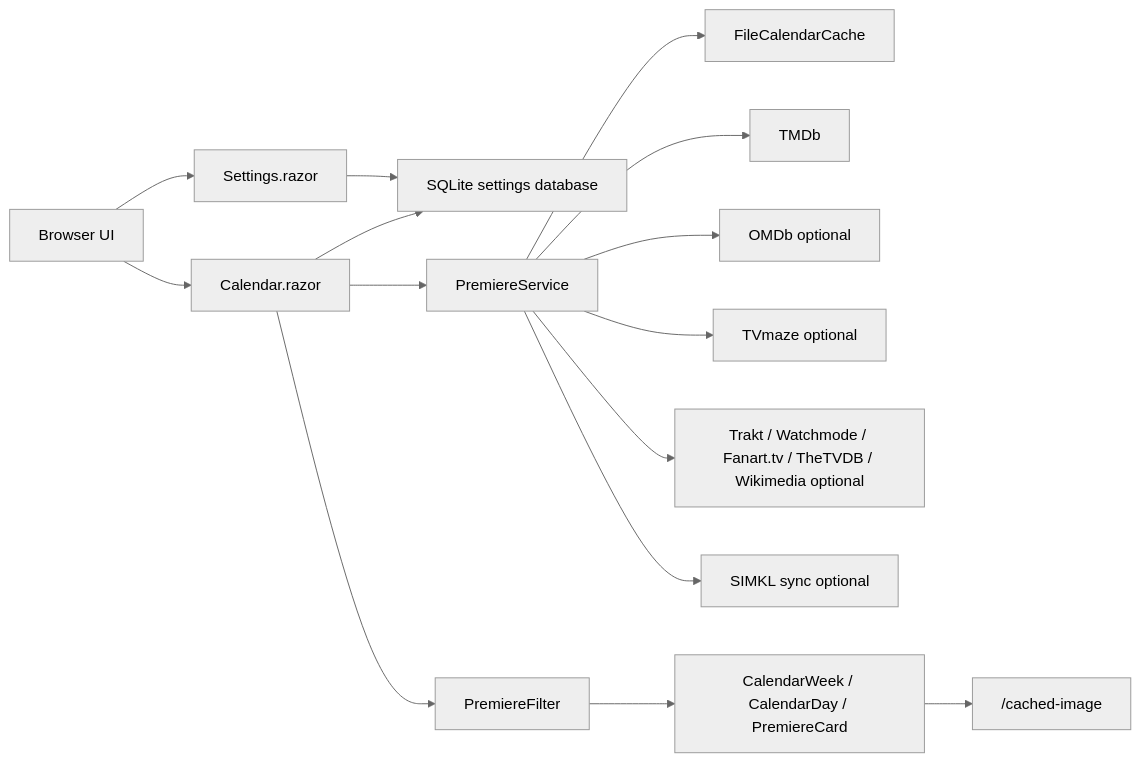
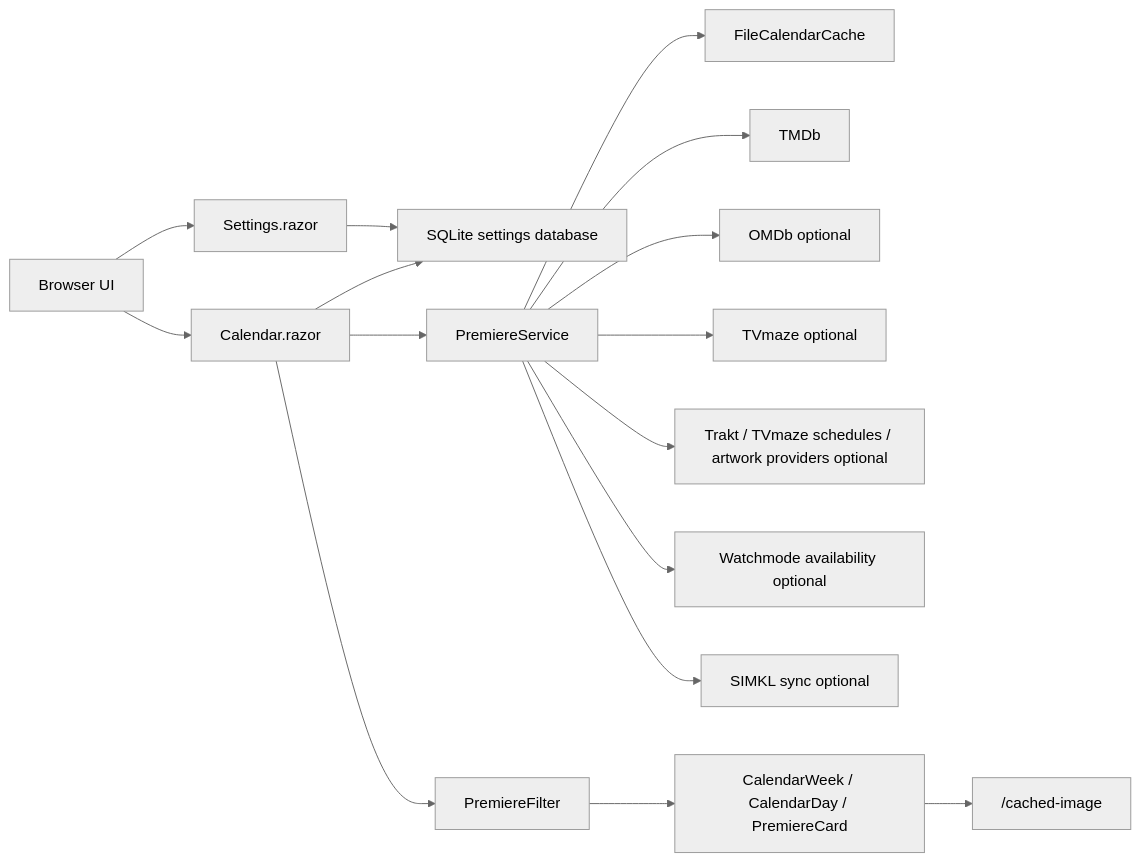
The diagram in docs/HowItWorks.md (Belgian-Coder/PremiereCalendar), drawn with Mermaid (neutral theme) before and after one commit. The commit also changed other lines of this file and 36 other files, not shown here.

````diff
--- a/docs/HowItWorks.md
+++ b/docs/HowItWorks.md
@@ -9,17 +9,18 @@
 ```mermaid
 flowchart LR
     Browser["Browser UI"] --> Page["Calendar.razor"]
     Browser --> Settings["Settings.razor"]
     Settings --> SettingsDb["SQLite settings database"]
     Page --> SettingsDb
     Page --> Service["PremiereService"]
     Service --> WeekCache["FileCalendarCache"]
     Service --> Tmdb["TMDb"]
     Service --> Omdb["OMDb optional"]
     Service --> Tvmaze["TVmaze optional"]
-    Service --> Providers["Trakt / Watchmode / Fanart.tv / TheTVDB / Wikimedia optional"]
+    Service --> Providers["Trakt / TVmaze schedules / artwork providers optional"]
+    Service --> Watchmode["Watchmode availability optional"]
     Service --> Simkl["SIMKL sync optional"]
     Page --> Filter["PremiereFilter"]
     Filter --> Cards["CalendarWeek / CalendarDay / PremiereCard"]
     Cards --> ImageCache["/cached-image"]
 ```
````
